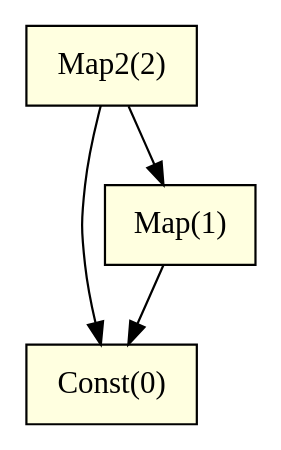
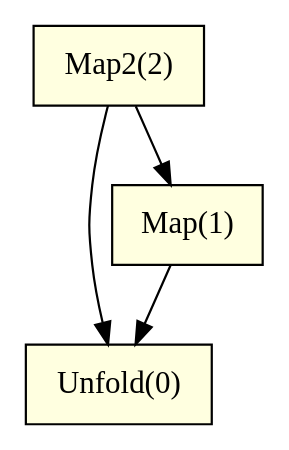
Before and after one commit to Orcaset/orcaset-oc: the diagram in examples/1-Basic/income_deps.dot, drawn with Graphviz. The commit also changed 12 other files, not shown here.

First line of the commit message:
Rename Period sequence and query constructors for clarity

```diff
--- a/examples/1-Basic/income_deps.dot
+++ b/examples/1-Basic/income_deps.dot
@@ -1,10 +1,10 @@
 digraph deps {
   rankdir=TB;
   node [shape=box, style=filled, fillcolor=lightyellow];
   n0 [label="Map2(2)"];
-  n1 [label="Const(0)"];
+  n1 [label="Unfold(0)"];
   n2 [label="Map(1)"];
   n0 -> n1;
   n2 -> n1;
   n0 -> n2;
 }
```
